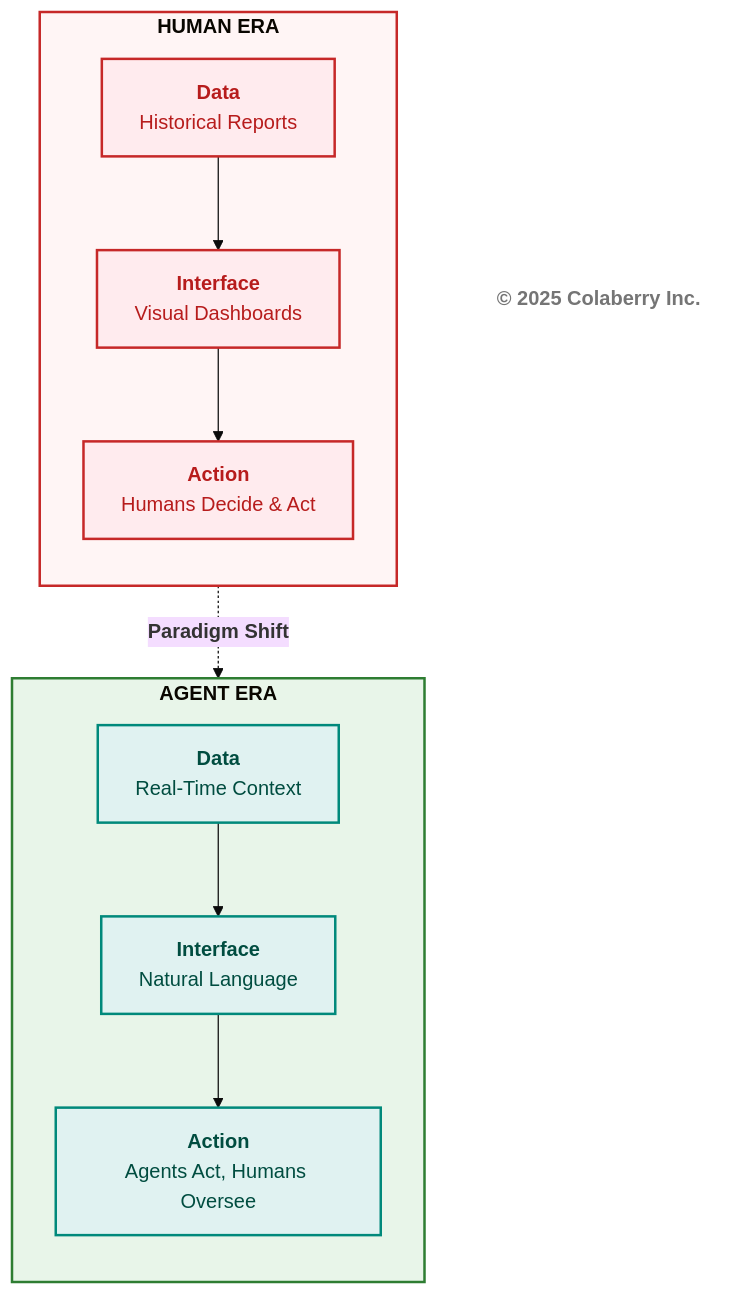
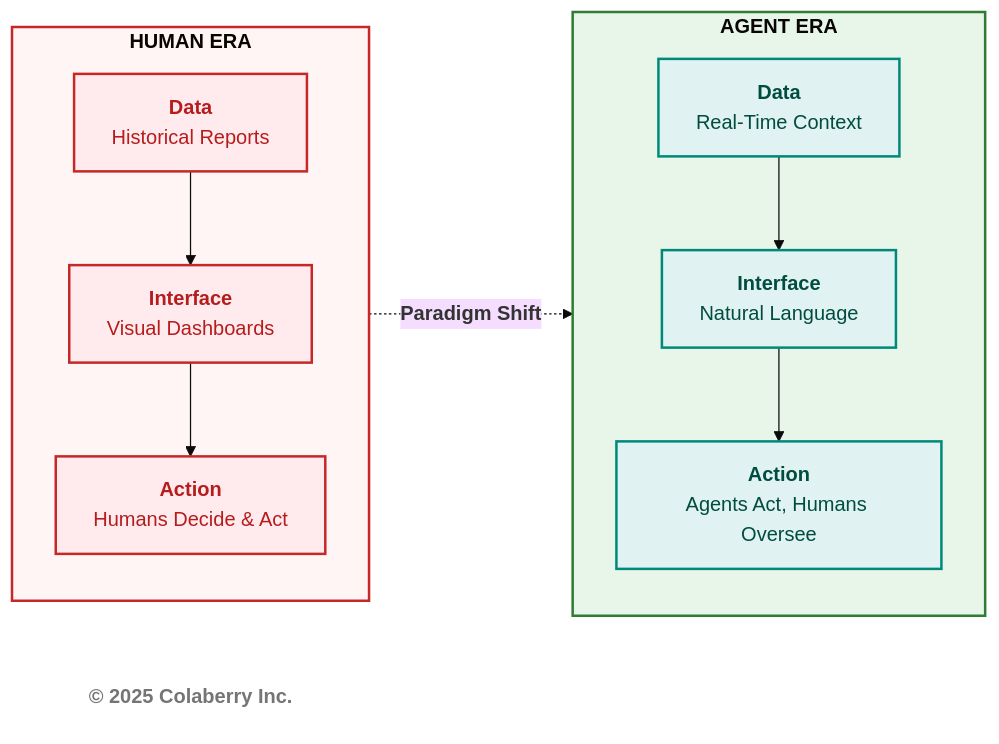
One commit to colaberry/enterprise-data-readiness-ai-agents changed the first of 9 diagrams in chapter-00/chapter_00_complete.md. Above: the diagram before and after it, drawn with Mermaid (base theme). The commit also changed other lines of this file, not shown here.

````diff
--- a/chapter-00/chapter_00_complete.md
+++ b/chapter-00/chapter_00_complete.md
@@ -65,37 +65,37 @@
 ```mermaid
-graph TB
+graph LR
     subgraph HUMAN["<b>HUMAN ERA</b>"]
         direction TB
         H_DATA["<b>Data</b><br/>Historical Reports"]
         H_INTERFACE["<b>Interface</b><br/>Visual Dashboards"]
         H_ACTION["<b>Action</b><br/>Humans Decide & Act"]
         
         H_DATA --> H_INTERFACE
         H_INTERFACE --> H_ACTION
     end
     
     HUMAN -.->|<b>Paradigm Shift</b>| AGENT
     
     subgraph AGENT["<b>AGENT ERA</b>"]
         direction TB
         A_DATA["<b>Data</b><br/>Real-Time Context"]
         A_INTERFACE["<b>Interface</b><br/>Natural Language"]
         A_ACTION["<b>Action</b><br/>Agents Act, Humans Oversee"]
         
         A_DATA --> A_INTERFACE
         A_INTERFACE --> A_ACTION
     end
     
     style HUMAN fill:#fff5f5,stroke:#c62828,stroke-width:2px
     style H_DATA fill:#ffebee,stroke:#c62828,stroke-width:2px,color:#b71c1c
     style H_INTERFACE fill:#ffebee,stroke:#c62828,stroke-width:2px,color:#b71c1c
     style H_ACTION fill:#ffebee,stroke:#c62828,stroke-width:2px,color:#b71c1c
     
     style AGENT fill:#e8f5e9,stroke:#2e7d32,stroke-width:2px
     style A_DATA fill:#e0f2f1,stroke:#00897b,stroke-width:2px,color:#004d40
     style A_INTERFACE fill:#e0f2f1,stroke:#00897b,stroke-width:2px,color:#004d40
     style A_ACTION fill:#e0f2f1,stroke:#00897b,stroke-width:2px,color:#004d40
     
     Copyright["<b>© 2025 Colaberry Inc.</b>"]
     style Copyright fill:#ffffff,stroke:none,color:#757575
 ```
````
